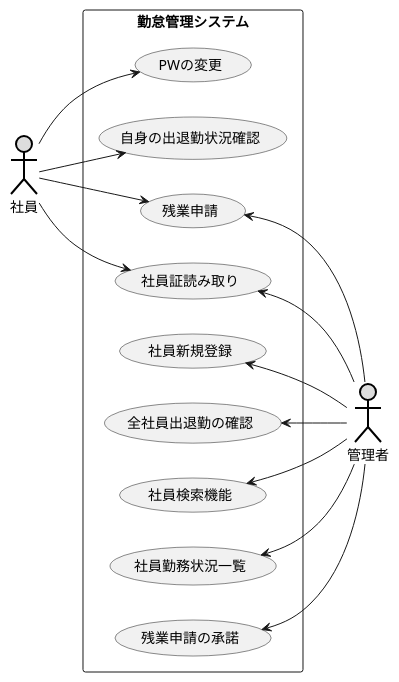
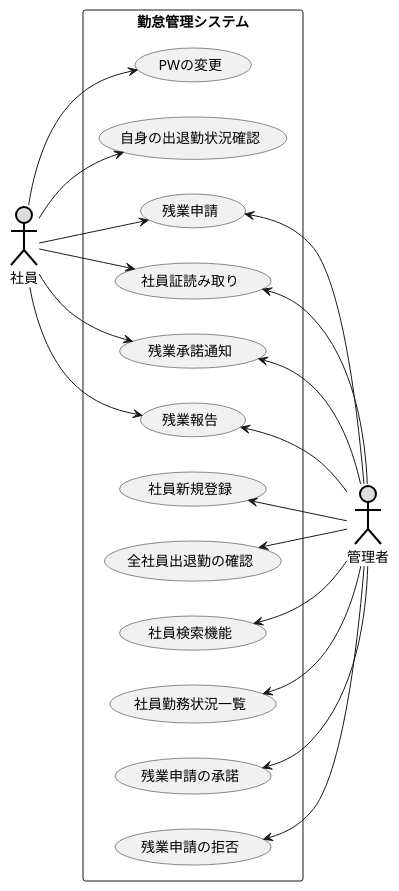
The diagram in pro.pu (hosoya0503/uml-intro), drawn with PlantUML before and after one commit. The commit also changed 3 other files, not shown here.

```diff
--- a/pro.pu
+++ b/pro.pu
@@ -1,32 +1,41 @@
 @startuml プロジェクト開発
 left to right direction
 actor 社員 #DDDDDD;line:black;line.bold;
 actor 管理者 #DDDDDD;line:black;line.bold;
 rectangle 勤怠管理システム {
 
     usecase PWの変更
     usecase 自身の出退勤状況確認
     usecase 残業申請
     usecase 社員証読み取り
-    
+    usecase 残業承諾通知
+    usecase 残業報告
+
     usecase 社員新規登録
     usecase 全社員出退勤の確認
     usecase 社員検索機能
     usecase 社員勤務状況一覧
     usecase 残業申請の承諾
+    usecase 残業申請の拒否
+
 
 }
 社員 --> PWの変更
 社員 --> 社員証読み取り
 社員 --> 自身の出退勤状況確認
 社員 --> 残業申請
+社員 --> 残業承諾通知
+社員 --> 残業報告
 
 社員証読み取り <-- 管理者
 社員新規登録 <-- 管理者
 全社員出退勤の確認 <-- 管理者
 社員検索機能 <-- 管理者
 社員勤務状況一覧 <-- 管理者
 残業申請 <-- 管理者
 残業申請の承諾 <-- 管理者
+残業申請の拒否 <-- 管理者
+残業承諾通知 <-- 管理者
+残業報告 <-- 管理者
 
 @enduml
```
